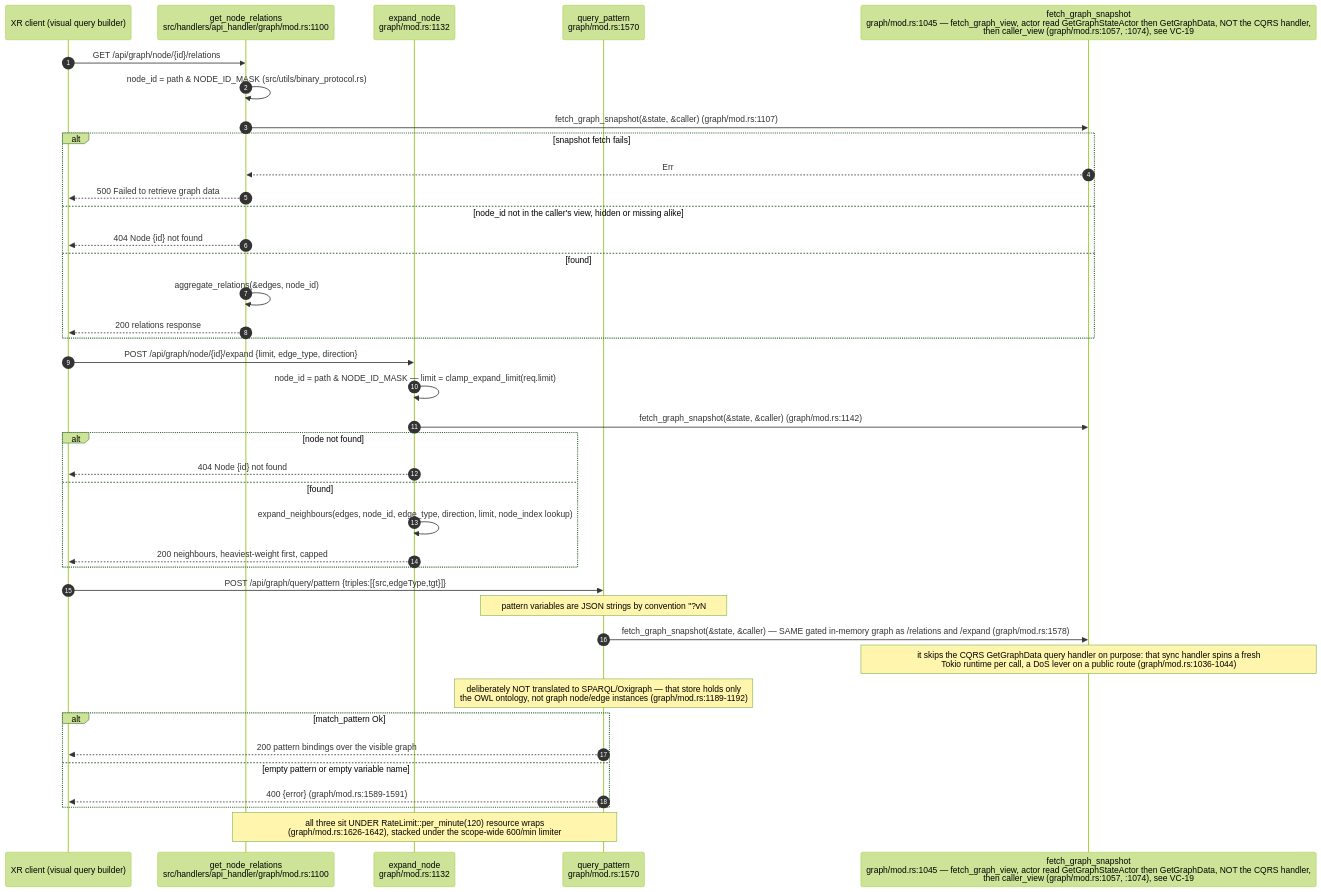
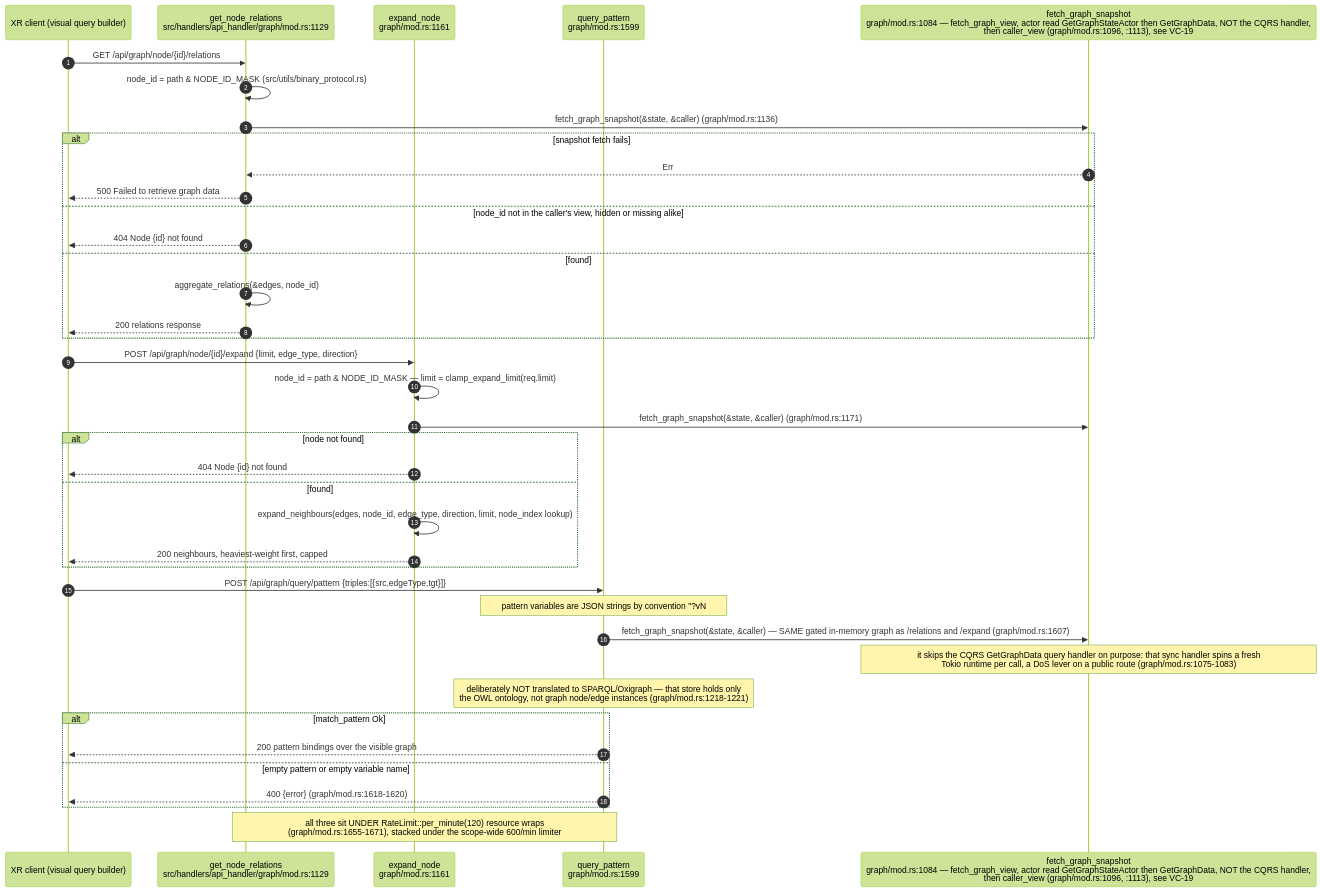
The second of 24 diagrams in docs/diagrams/visionclaw/04-handlers-graph-and-state.md (DreamLab-AI/VisionFlow), drawn with Mermaid (forest theme) before and after one commit. The commit also changed other lines of this file and 46 other files, not shown here.

Commit message:
docs(diagrams): re-verify VisionClaw topics at 809a859aa/a950f4d80 after the consolidation pass

````diff
--- a/docs/diagrams/visionclaw/04-handlers-graph-and-state.md
+++ b/docs/diagrams/visionclaw/04-handlers-graph-and-state.md
@@ -137,42 +139,42 @@
 ```mermaid
 sequenceDiagram
     autonumber
     participant C as XR client (visual query builder)
-    participant GR as get_node_relations<br/>src/handlers/api_handler/graph/mod.rs:1100
-    participant EX as expand_node<br/>graph/mod.rs:1132
-    participant QP as query_pattern<br/>graph/mod.rs:1570
-    participant SNAP as fetch_graph_snapshot<br/>graph/mod.rs:1045 — fetch_graph_view, actor read GetGraphStateActor then GetGraphData, NOT the CQRS handler,<br/>then caller_view (graph/mod.rs:1057, :1074), see VC-19
+    participant GR as get_node_relations<br/>src/handlers/api_handler/graph/mod.rs:1129
+    participant EX as expand_node<br/>graph/mod.rs:1161
+    participant QP as query_pattern<br/>graph/mod.rs:1599
+    participant SNAP as fetch_graph_snapshot<br/>graph/mod.rs:1084 — fetch_graph_view, actor read GetGraphStateActor then GetGraphData, NOT the CQRS handler,<br/>then caller_view (graph/mod.rs:1096, :1113), see VC-19
 
     C->>GR: GET /api/graph/node/{id}/relations
     GR->>GR: node_id = path & NODE_ID_MASK (src/utils/binary_protocol.rs)
-    GR->>SNAP: fetch_graph_snapshot(&state, &caller) (graph/mod.rs:1107)
+    GR->>SNAP: fetch_graph_snapshot(&state, &caller) (graph/mod.rs:1136)
     alt snapshot fetch fails
         SNAP-->>GR: Err
         GR-->>C: 500 Failed to retrieve graph data
     else node_id not in the caller's view, hidden or missing alike
         GR-->>C: 404 Node {id} not found
     else found
         GR->>GR: aggregate_relations(&edges, node_id)
         GR-->>C: 200 relations response
     end
     C->>EX: POST /api/graph/node/{id}/expand {limit, edge_type, direction}
     EX->>EX: node_id = path & NODE_ID_MASK — limit = clamp_expand_limit(req.limit)
-    EX->>SNAP: fetch_graph_snapshot(&state, &caller) (graph/mod.rs:1142)
+    EX->>SNAP: fetch_graph_snapshot(&state, &caller) (graph/mod.rs:1171)
     alt node not found
         EX-->>C: 404 Node {id} not found
     else found
         EX->>EX: expand_neighbours(edges, node_id, edge_type, direction, limit, node_index lookup)
         EX-->>C: 200 neighbours, heaviest-weight first, capped
     end
     C->>QP: POST /api/graph/query/pattern {triples:[{src,edgeType,tgt}]}
-    Note over QP: pattern variables are JSON strings by convention #quot;?vN#quot —<br/>concrete ids are JSON numbers, masked with NODE_ID_MASK (graph/mod.rs:1194-1200)
-    QP->>SNAP: fetch_graph_snapshot(&state, &caller) — SAME gated in-memory graph as /relations and /expand (graph/mod.rs:1578)
-    Note over SNAP: it skips the CQRS GetGraphData query handler on purpose: that sync handler spins a fresh<br/>Tokio runtime per call, a DoS lever on a public route (graph/mod.rs:1036-1044)
-    Note over QP: deliberately NOT translated to SPARQL/Oxigraph — that store holds only<br/>the OWL ontology, not graph node/edge instances (graph/mod.rs:1189-1192)
+    Note over QP: pattern variables are JSON strings by convention #quot;?vN#quot —<br/>concrete ids are JSON numbers, masked with NODE_ID_MASK (graph/mod.rs:1223-1229)
+    QP->>SNAP: fetch_graph_snapshot(&state, &caller) — SAME gated in-memory graph as /relations and /expand (graph/mod.rs:1607)
+    Note over SNAP: it skips the CQRS GetGraphData query handler on purpose: that sync handler spins a fresh<br/>Tokio runtime per call, a DoS lever on a public route (graph/mod.rs:1075-1083)
+    Note over QP: deliberately NOT translated to SPARQL/Oxigraph — that store holds only<br/>the OWL ontology, not graph node/edge instances (graph/mod.rs:1218-1221)
     alt match_pattern Ok
         QP-->>C: 200 pattern bindings over the visible graph
     else empty pattern or empty variable name
-        QP-->>C: 400 {error} (graph/mod.rs:1589-1591)
+        QP-->>C: 400 {error} (graph/mod.rs:1618-1620)
     end
-    Note over GR,QP: all three sit UNDER RateLimit::per_minute(120) resource wraps<br/>(graph/mod.rs:1626-1642), stacked under the scope-wide 600/min limiter
+    Note over GR,QP: all three sit UNDER RateLimit::per_minute(120) resource wraps<br/>(graph/mod.rs:1655-1671), stacked under the scope-wide 600/min limiter
 ```
````
